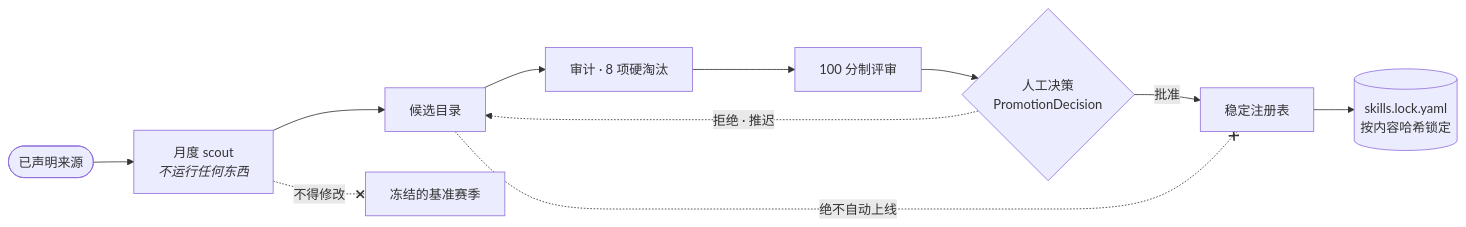
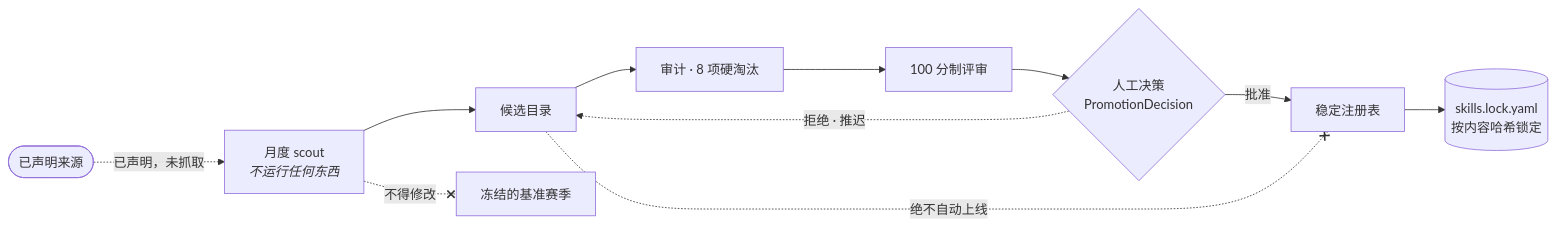
The diagram in README.zh-CN.md (psknlr/TCMScience), drawn with Mermaid before and after one commit. The commit also changed 8 other files, not shown here.

````diff
--- a/README.zh-CN.md
+++ b/README.zh-CN.md
@@ -372,9 +372,10 @@
 ```mermaid
 flowchart LR
-    SRC(["已声明来源"]) --> SCOUT["月度 scout<br/><i>不运行任何东西</i>"] --> CAND["候选目录"]
+    SRC(["已声明来源"]) -.->|"已声明，未抓取"| SCOUT["月度 scout<br/><i>不运行任何东西</i>"]
+    SCOUT --> CAND["候选目录"]
     CAND --> AUDIT["审计 · 8 项硬淘汰"] --> SCORE["100 分制评审"] --> HUMAN{"人工决策<br/>PromotionDecision"}
     HUMAN -->|批准| STABLE["稳定注册表"] --> LOCK[("skills.lock.yaml<br/>按内容哈希锁定")]
     HUMAN -.->|拒绝 · 推迟| CAND
     CAND -.-x|绝不自动上线| STABLE
     SCOUT -.-x|不得修改| SEASON["冻结的基准赛季"]
 ```
````
